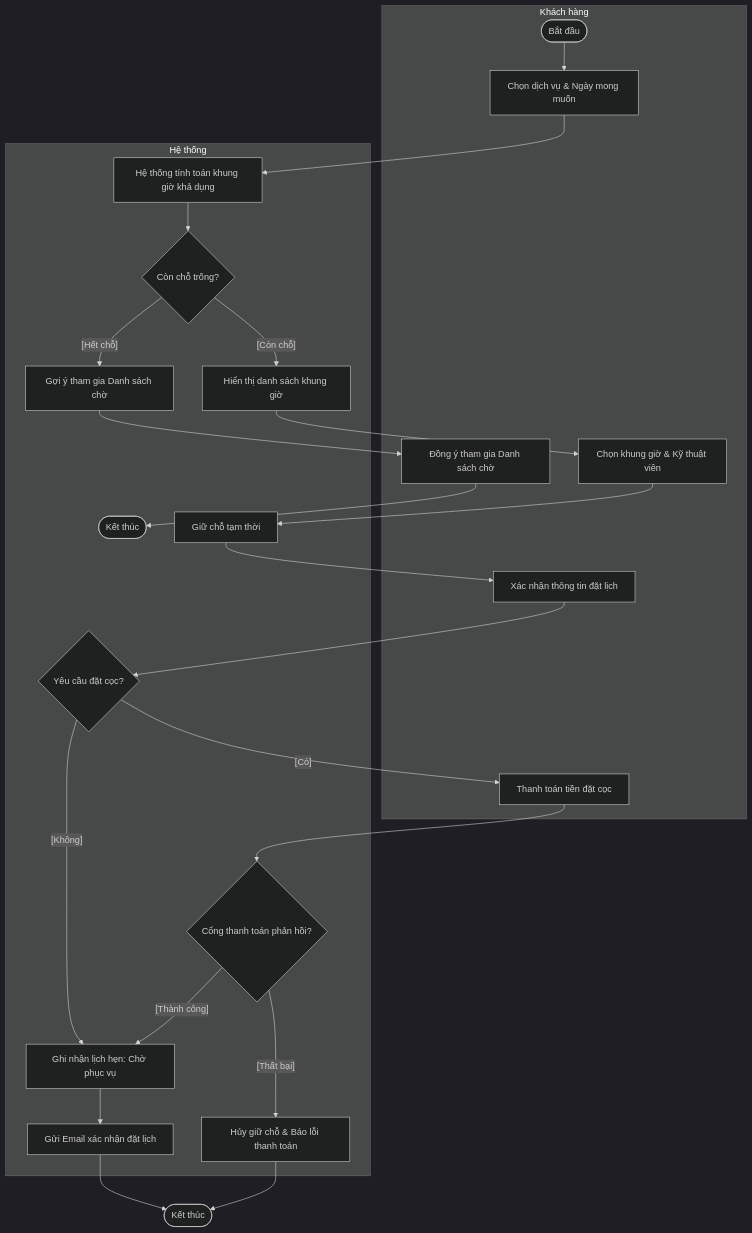
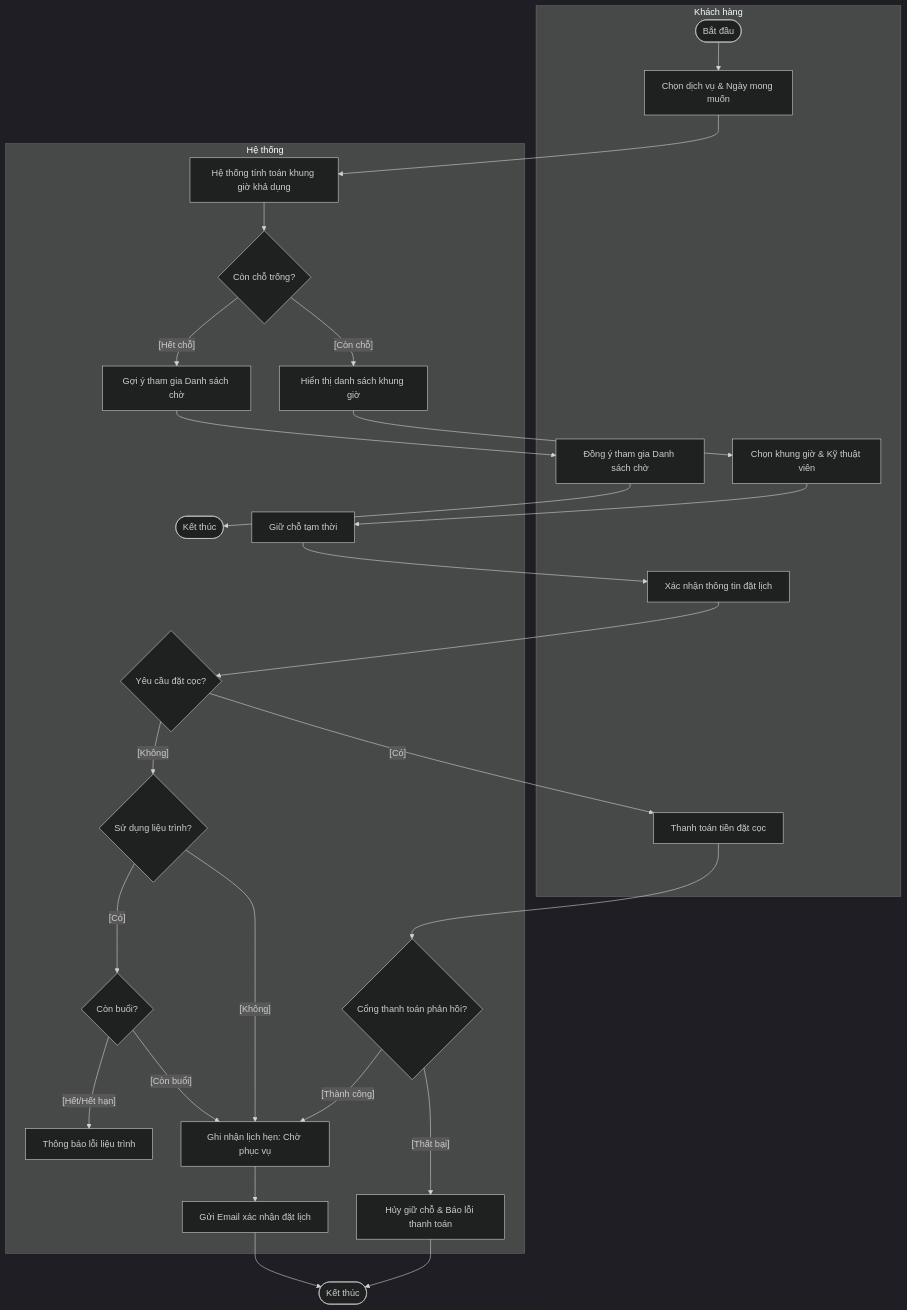
One commit to ngoctinn/Synapse changed the third of 10 diagrams in docs/design/activity_diagrams.md. Above: the diagram before and after it, drawn with Mermaid (dark theme). The commit also changed 3 other files, not shown here.

````diff
--- a/docs/design/activity_diagrams.md
+++ b/docs/design/activity_diagrams.md
@@ -63,38 +63,44 @@
 ```mermaid
 flowchart TD
     subgraph KhachHang ["Khách hàng"]
         Start([Bắt đầu]) --> Browse[Chọn dịch vụ & Ngày mong muốn]
         SelectOption[Chọn khung giờ & Kỹ thuật viên]
         Confirm[Xác nhận thông tin đặt lịch]
         Pay[Thanh toán tiền đặt cọc]
         Waitlist[Đồng ý tham gia Danh sách chờ]
     end
 
     subgraph HeThong ["Hệ thống"]
         Browse --> GetSlots[Hệ thống tính toán khung giờ khả dụng]
         GetSlots --> CheckAvailability{Còn chỗ trống?}
 
         CheckAvailability -- "[Hết chỗ]" --> OfferWaitlist[Gợi ý tham gia Danh sách chờ]
         CheckAvailability -- "[Còn chỗ]" --> DisplaySlots[Hiển thị danh sách khung giờ]
 
         OfferWaitlist --> Waitlist
         Waitlist --> EndWait([Kết thúc])
 
         DisplaySlots --> SelectOption
         SelectOption --> HoldSlot[Giữ chỗ tạm thời]
         HoldSlot --> Confirm
 
         Confirm --> DepositReq{Yêu cầu đặt cọc?}
         DepositReq -- "[Có]" --> Pay
-        DepositReq -- "[Không]" --> CommitBooking[Ghi nhận lịch hẹn: Chờ phục vụ]
+        DepositReq -- "[Không]" --> TreatmentCheck{Sử dụng liệu trình?}
+
+        TreatmentCheck -- "[Có]" --> ValidTreatment{Còn buổi?}
+        ValidTreatment -- "[Hết/Hết hạn]" --> ShowTreatError[Thông báo lỗi liệu trình]
+        ValidTreatment -- "[Còn buổi]" --> CommitBooking[Ghi nhận lịch hẹn: Chờ phục vụ]
+
+        TreatmentCheck -- "[Không]" --> CommitBooking
 
         Pay --> PayStatus{Cổng thanh toán phản hồi?}
         PayStatus -- "[Thành công]" --> CommitBooking
         PayStatus -- "[Thất bại]" --> ReleaseSlot[Hủy giữ chỗ & Báo lỗi thanh toán]
 
         CommitBooking --> SendConfirm[Gửi Email xác nhận đặt lịch]
     end
 
     SendConfirm --> End([Kết thúc])
     ReleaseSlot --> End
 ```
````
